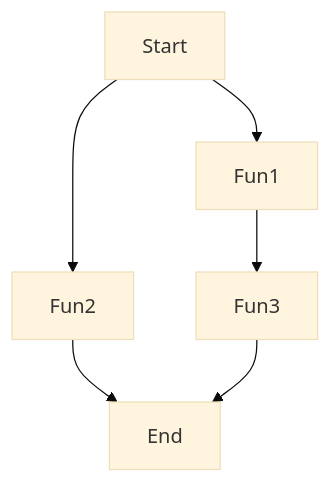
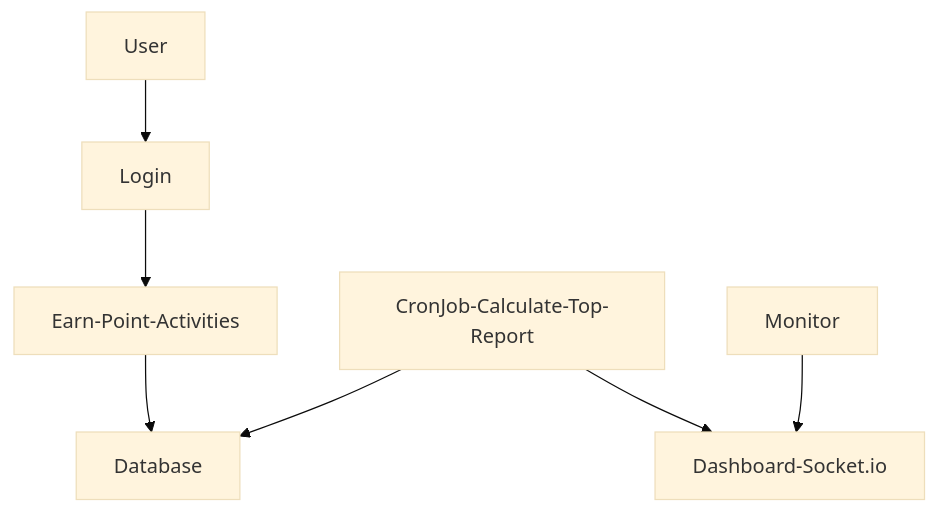
One commit to vhson2006/Van-Hai-Son changed the diagram in problem-6/README.md. Above: the diagram before and after it, drawn with Mermaid (base theme). The commit also changed other lines of this file, not shown here.

````diff
--- a/problem-6/README.md
+++ b/problem-6/README.md
@@ -7,8 +5,9 @@
 ```mermaid
 graph TD;
-  Start--> Fun1;
-  Start--> Fun2;
-  Fun2-->End;
-  Fun1-->Fun3;
-  Fun3-->End;
+  User--> Login;
+  Login--> Earn-Point-Activities;
+  Earn-Point-Activities-->Database;
+  CronJob-Calculate-Top-Report-->Database;
+  CronJob-Calculate-Top-Report-->Dashboard-Socket.io;
+  Monitor-->Dashboard-Socket.io
 ```
````
